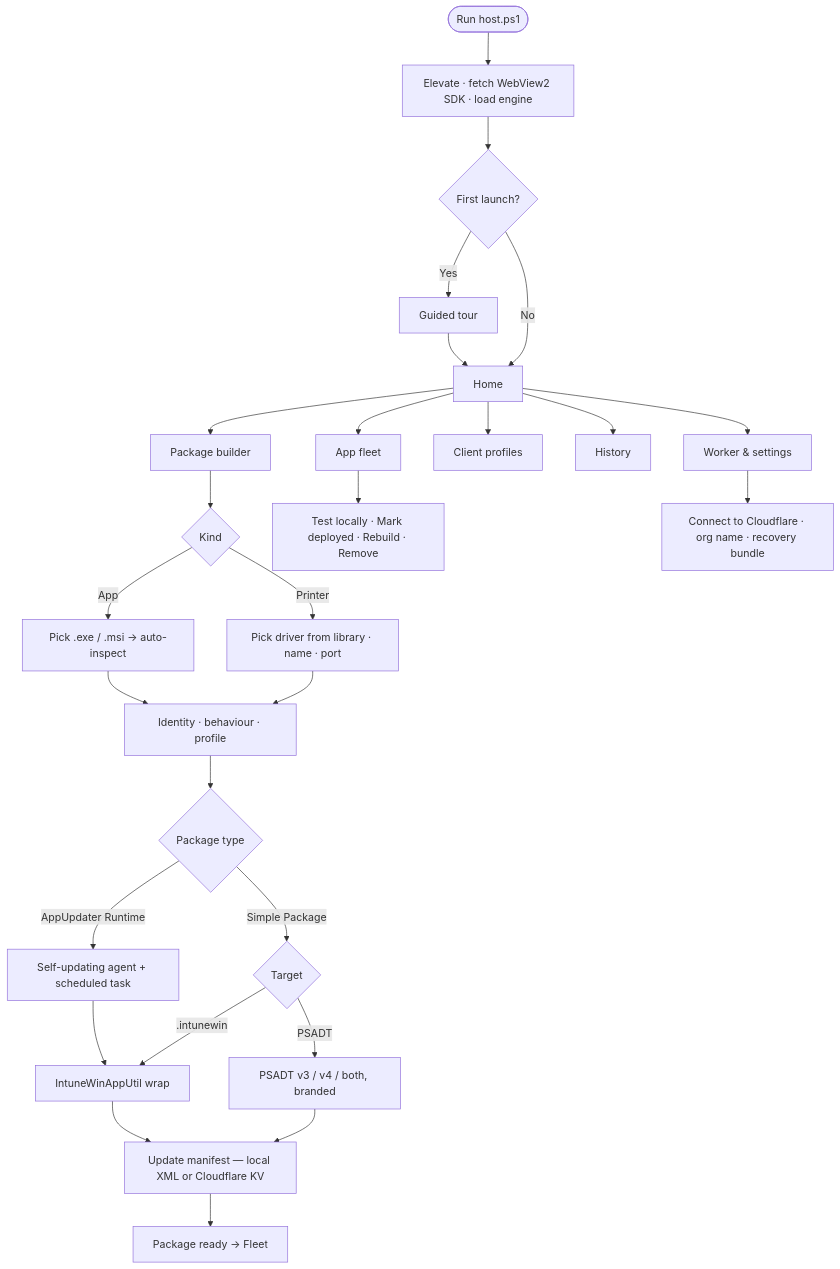
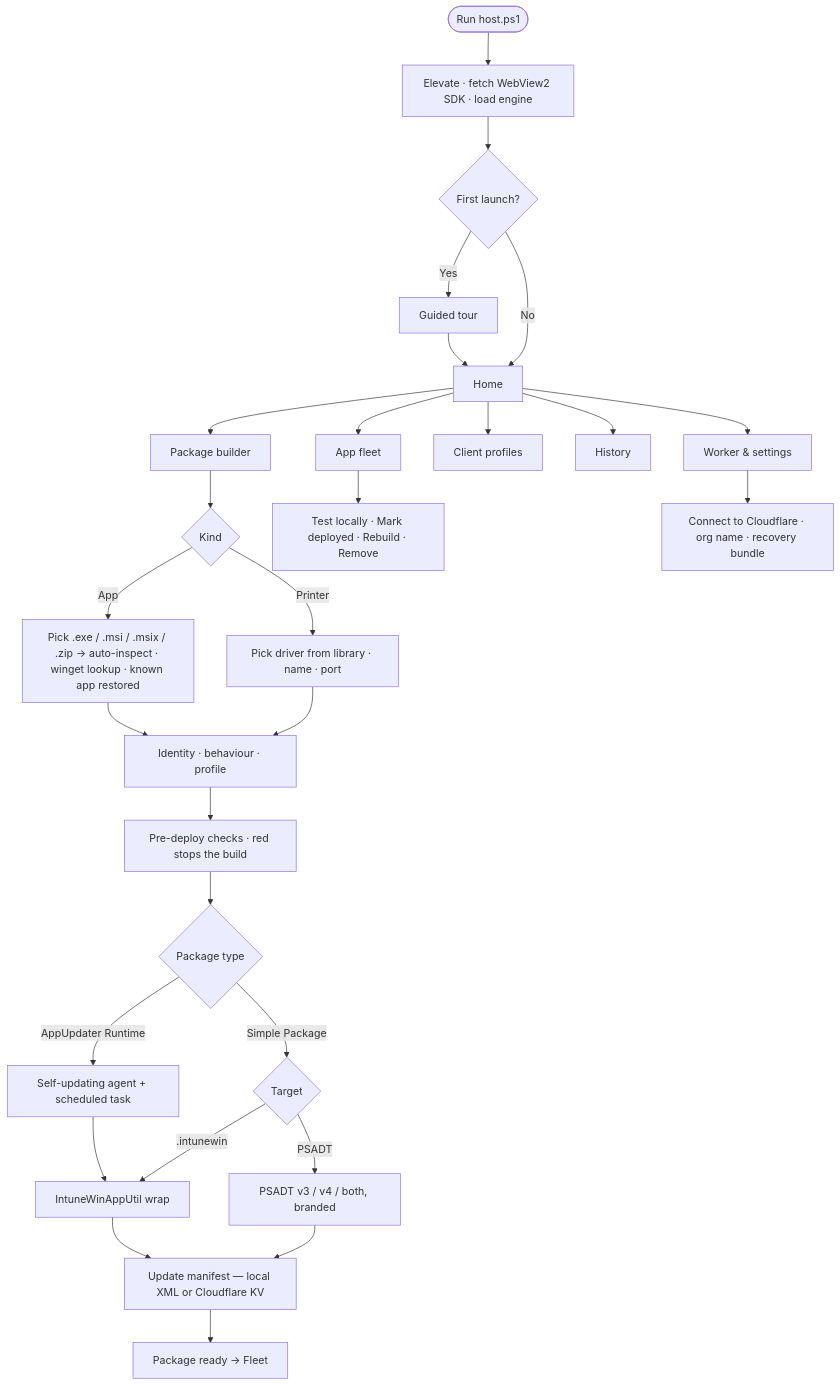
One commit to Lyvvy-xyz/appupdater changed the second of 2 diagrams in README.md. Above: the diagram before and after it, drawn with Mermaid. The commit also changed other lines of this file and 5 other files, not shown here.

````diff
--- a/README.md
+++ b/README.md
@@ -201,32 +205,33 @@
 ```mermaid
 flowchart TD
     A([Run host.ps1]) --> B[Elevate · fetch WebView2 SDK · load engine]
     B --> C{First launch?}
     C -->|Yes| D[Guided tour]
     C -->|No| E[Home]
     D --> E
 
     E --> F[Package builder]
     E --> G[App fleet]
     E --> H[Client profiles]
     E --> I[History]
     E --> J[Worker & settings]
 
     F --> K{Kind}
-    K -->|App| L[Pick .exe / .msi → auto-inspect]
+    K -->|App| L[Pick .exe / .msi / .msix / .zip → auto-inspect · winget lookup · known app restored]
     K -->|Printer| M[Pick driver from library · name · port]
     L --> N[Identity · behaviour · profile]
     M --> N
-    N --> O{Package type}
+    N --> PC[Pre-deploy checks · red stops the build]
+    PC --> O{Package type}
     O -->|AppUpdater Runtime| P[Self-updating agent + scheduled task]
     O -->|Simple Package| Q{Target}
     Q -->|.intunewin| R[IntuneWinAppUtil wrap]
     Q -->|PSADT| S[PSADT v3 / v4 / both, branded]
     P --> R
     R --> T[Update manifest — local XML or Cloudflare KV]
     S --> T
     T --> U[Package ready → Fleet]
 
     G --> V[Test locally · Mark deployed · Rebuild · Remove]
     J --> W[Connect to Cloudflare · org name · recovery bundle]
 ```
````
